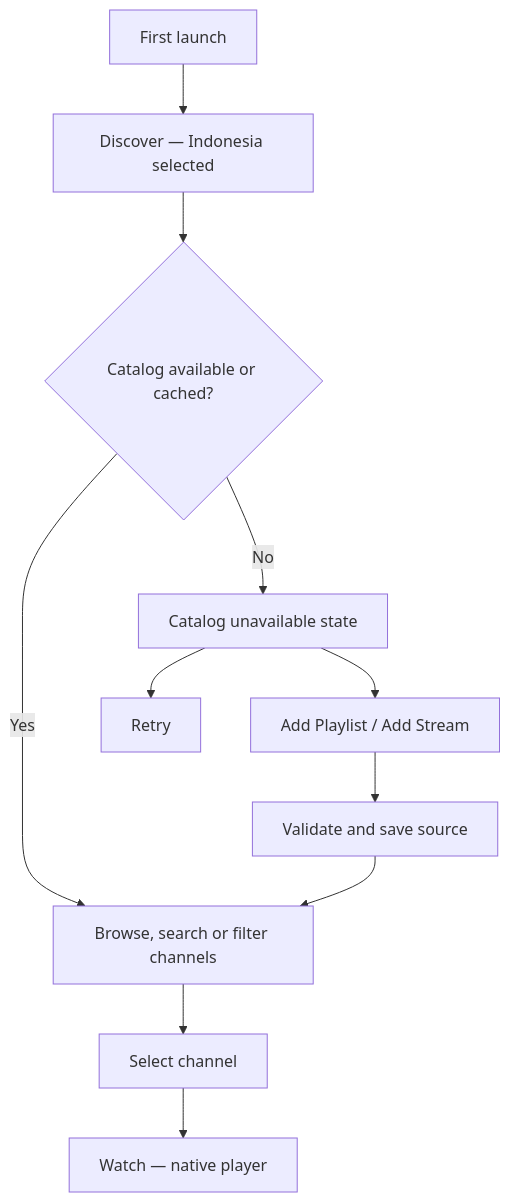
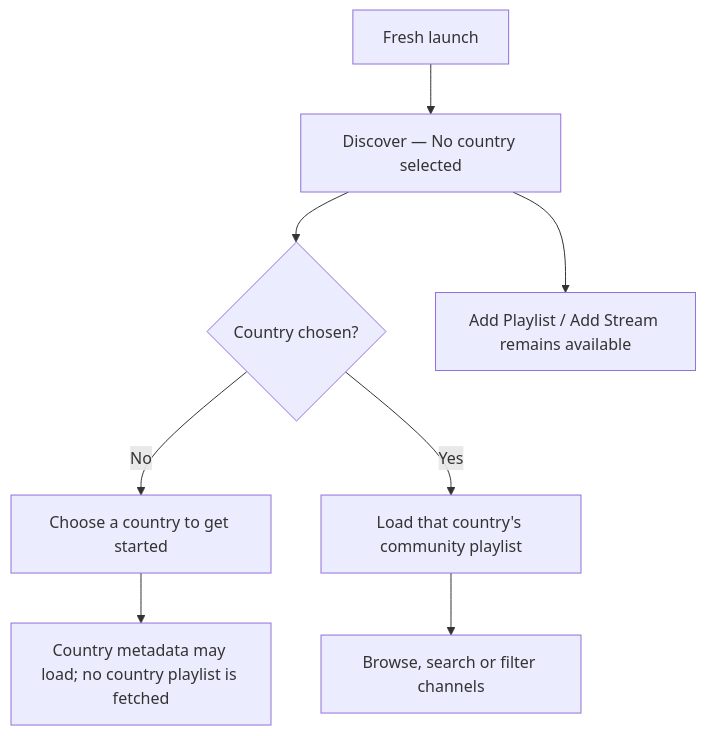
Before and after one commit to satyawikananda/mumu: the first of 4 diagrams in DESIGN.md, drawn with Mermaid. The commit also changed other lines of this file and 89 other files, not shown here.

````diff
--- a/DESIGN.md
+++ b/DESIGN.md
@@ -173,13 +221,10 @@
 ```mermaid
 flowchart TD
-  A[First launch] --> B[Discover — Indonesia selected]
-  B --> C{Catalog available or cached?}
-  C -->|Yes| D[Browse, search or filter channels]
-  C -->|No| E[Catalog unavailable state]
-  E --> F[Retry]
-  E --> G[Add Playlist / Add Stream]
-  D --> H[Select channel]
-  H --> I[Watch — native player]
-  G --> J[Validate and save source]
-  J --> D
+  A[Fresh launch] --> B[Discover — No country selected]
+  B --> C{Country chosen?}
+  C -->|No| D[Choose a country to get started]
+  C -->|Yes| E[Load that country's community playlist]
+  D --> F[Country metadata may load; no country playlist is fetched]
+  B --> G[Add Playlist / Add Stream remains available]
+  E --> H[Browse, search or filter channels]
 ```
````
